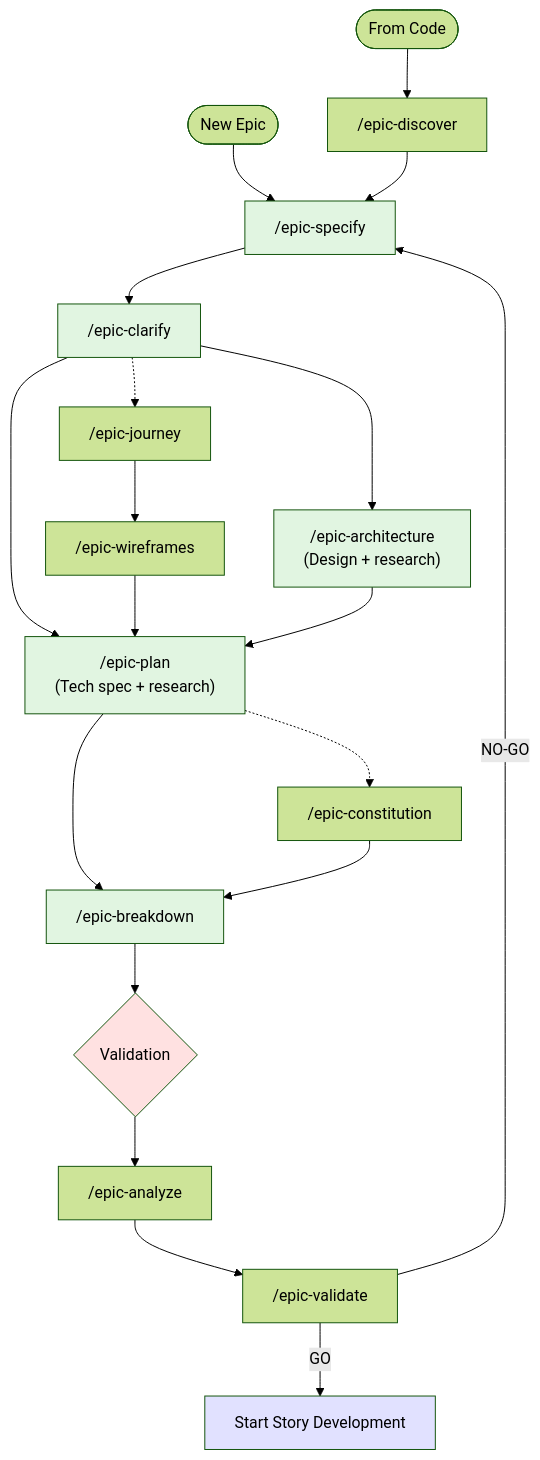
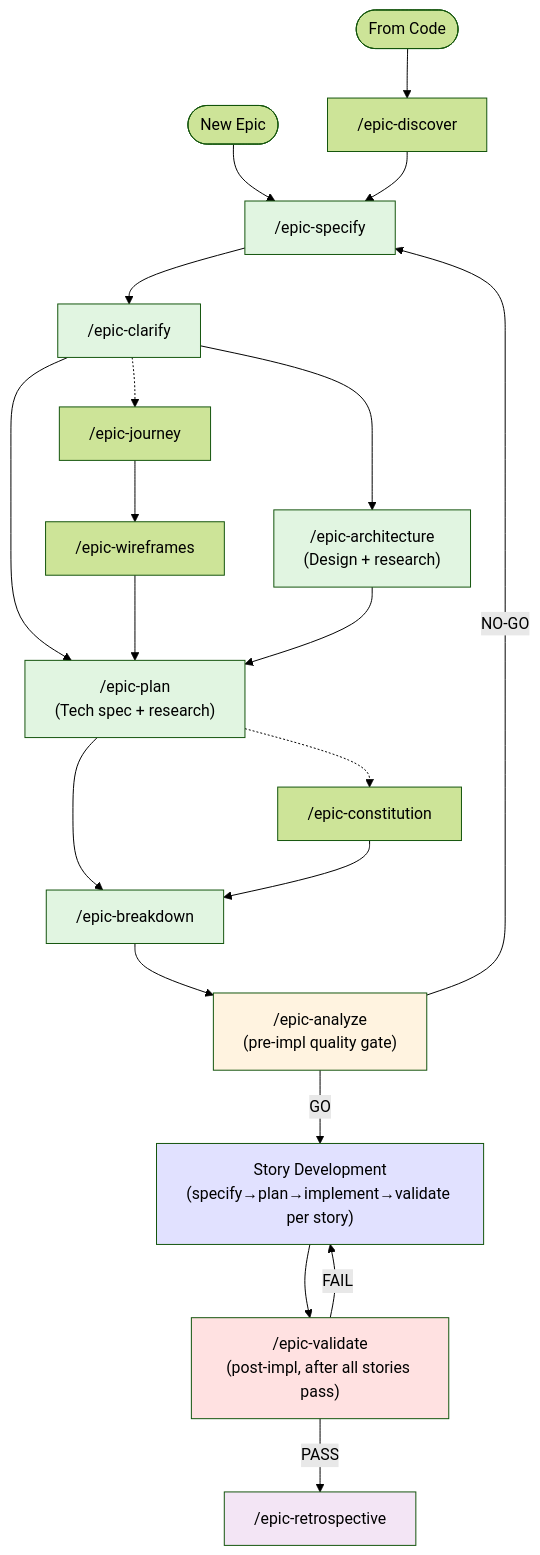
Before and after one commit to telum-ai/speck: the second of 3 diagrams in .speck/README.md, drawn with Mermaid (forest theme). The commit also changed 5 other files, not shown here.

First line of the commit message:
fix(epic-validate): clarify that /epic-validate runs after all stories, not before

````diff
--- a/.speck/README.md
+++ b/.speck/README.md
@@ -194,48 +194,50 @@
 ```mermaid
 graph TD
     EpicStart([New Epic]) --> epicSpecify
     DiscoverStart([From Code]) --> epicDiscover
     epicDiscover --> epicSpecify
     
     epicSpecify --> epicClarify
     epicClarify --> epicPlan
     
     epicClarify -.-> epicJourney
     epicJourney --> epicWireframes
     epicWireframes --> epicPlan
     
     epicClarify --> epicArchitecture
     epicArchitecture --> epicPlan
     
     epicPlan --> epicBreakdown
     
     epicPlan -.-> epicConstitution
     epicConstitution --> epicBreakdown
     
-    epicBreakdown --> validateEpic{Validation}
-    
-    validateEpic --> epicAnalyze
-    epicAnalyze --> epicValidate
-    epicValidate --> |GO| stories["Start Story Development"]
-    epicValidate --> |NO-GO| epicSpecify
+    epicBreakdown --> epicAnalyze
+    epicAnalyze --> |GO| stories["Story Development<br/>(specify→plan→implement→validate per story)"]
+    epicAnalyze --> |NO-GO| epicSpecify
+    stories --> epicValidate
+    epicValidate --> |PASS| epicRetro["/epic-retrospective"]
+    epicValidate --> |FAIL| stories
     
     epicSpecify["/epic-specify"]
     epicDiscover["/epic-discover"]
     epicClarify["/epic-clarify"]
     epicArchitecture["/epic-architecture<br/>(Design + research)"]
     epicPlan["/epic-plan<br/>(Tech spec + research)"]
     epicJourney["/epic-journey"]
     epicWireframes["/epic-wireframes"]
     epicConstitution["/epic-constitution"]
     epicBreakdown["/epic-breakdown"]
-    epicAnalyze["/epic-analyze"]
-    epicValidate["/epic-validate"]
+    epicAnalyze["/epic-analyze<br/>(pre-impl quality gate)"]
+    epicValidate["/epic-validate<br/>(post-impl, after all stories pass)"]
     
     style epicSpecify fill:#e1f5e1
     style epicClarify fill:#e1f5e1
     style epicArchitecture fill:#e1f5e1
     style epicPlan fill:#e1f5e1
     style epicBreakdown fill:#e1f5e1
-    style validateEpic fill:#ffe1e1
+    style epicAnalyze fill:#fff3e0
     style stories fill:#e1e1ff
+    style epicValidate fill:#ffe1e1
+    style epicRetro fill:#f3e5f5
 ```
````
